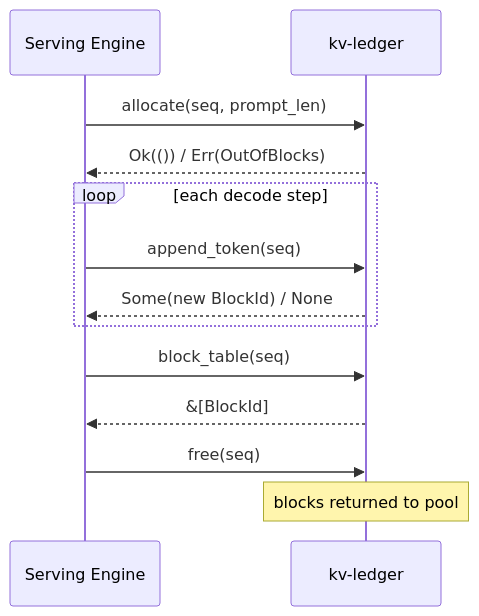
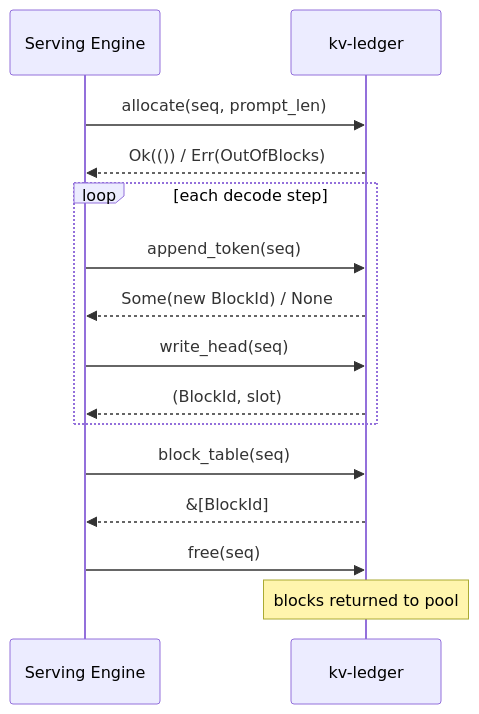
The diagram in README.md (Fl1tzi/kv-ledger), drawn with Mermaid before and after one commit. The commit also changed 1 other file, not shown here.

Commit message:
Add write_head method

````diff
--- a/README.md
+++ b/README.md
@@ -19,19 +19,21 @@
 ```mermaid
 sequenceDiagram
     participant E as Serving Engine
     participant L as kv-ledger
 
     E->>L: allocate(seq, prompt_len)
     L-->>E: Ok(()) / Err(OutOfBlocks)
 
     loop each decode step
         E->>L: append_token(seq)
         L-->>E: Some(new BlockId) / None
+        E->>L: write_head(seq)
+        L-->>E: (BlockId, slot)
     end
 
     E->>L: block_table(seq)
     L-->>E: &[BlockId]
 
     E->>L: free(seq)
     Note over L: blocks returned to pool
 ```
````
